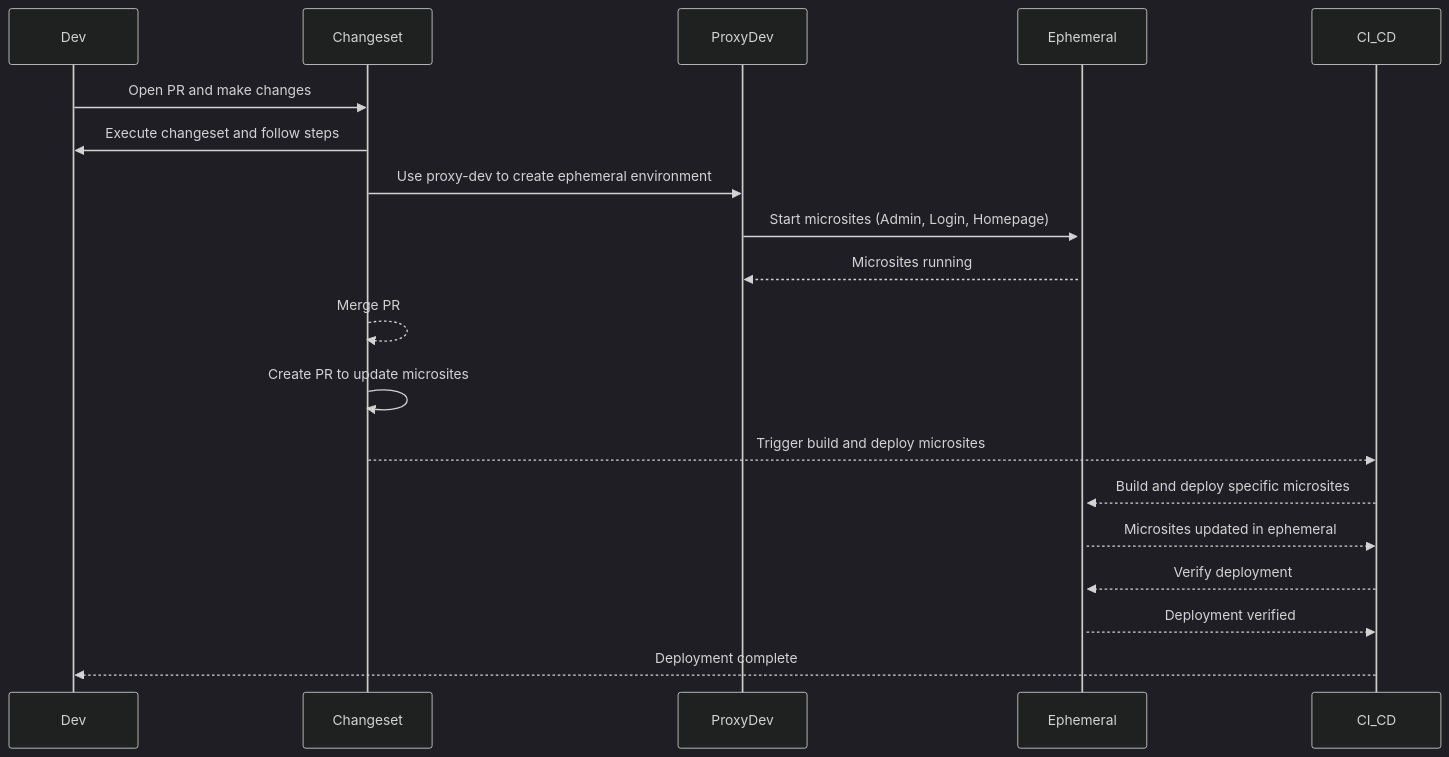
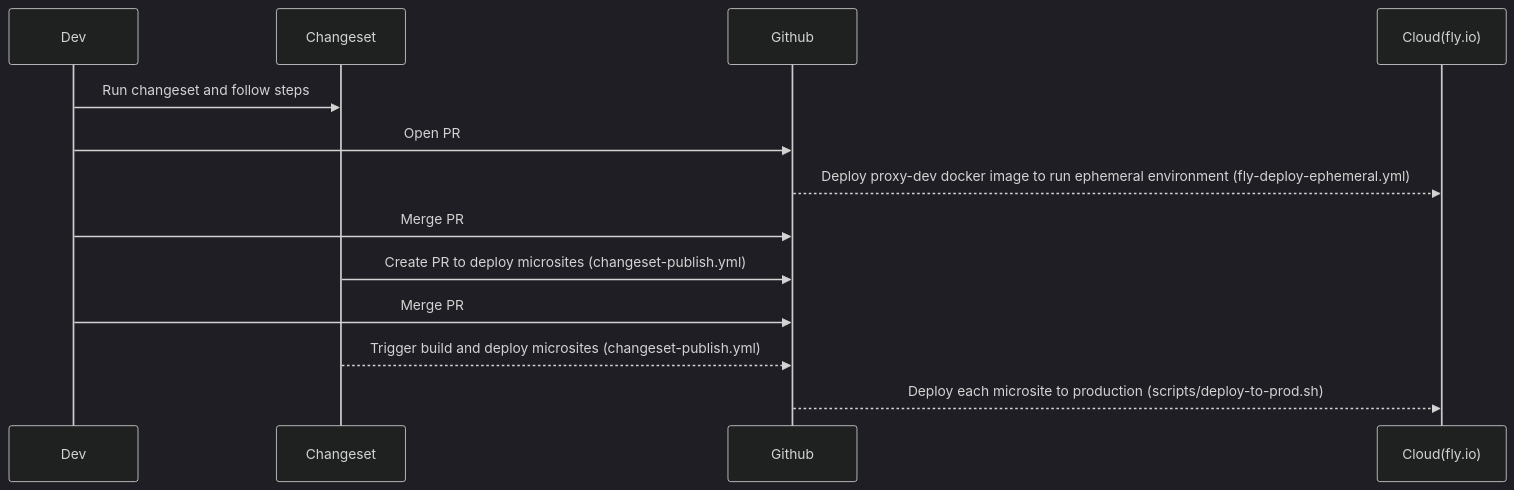
One commit to ale-grosselle/microsites-monorepo changed the third of 3 diagrams in README.md. Above: the diagram before and after it, drawn with Mermaid (dark theme).

Commit message:
update diagram

````diff
--- a/README.md
+++ b/README.md
@@ -82,20 +82,11 @@
 ```mermaid
 sequenceDiagram
-    Dev->>Changeset: Open PR and make changes
-    Changeset->>Dev: Execute changeset and follow steps
-    Changeset->>ProxyDev: Use proxy-dev to create ephemeral environment
-    ProxyDev->>+Ephemeral: Start microsites (Admin, Login, Homepage)
-    Ephemeral-->>ProxyDev: Microsites running
-    Changeset-->>Changeset: Merge PR
-
-    Changeset->>Changeset: Create PR to update microsites
-    Changeset-->>CI_CD: Trigger build and deploy microsites
-
-    CI_CD-->>Ephemeral: Build and deploy specific microsites
-    Ephemeral-->>CI_CD: Microsites updated in ephemeral
-
-    CI_CD-->>Ephemeral: Verify deployment
-    Ephemeral-->>CI_CD: Deployment verified
-
-    CI_CD-->>Dev: Deployment complete
+    Dev->>Changeset: Run changeset and follow steps
+    Dev->>Github: Open PR
+    Github-->>Cloud(fly.io): Deploy proxy-dev docker image to run ephemeral environment (fly-deploy-ephemeral.yml)
+    Dev->>Github: Merge PR
+    Changeset->>Github: Create PR to deploy microsites (changeset-publish.yml)
+    Dev->>Github: Merge PR
+    Changeset-->>Github: Trigger build and deploy microsites (changeset-publish.yml)
+    Github-->>Cloud(fly.io): Deploy each microsite to production (scripts/deploy-to-prod.sh)
 ```
````
